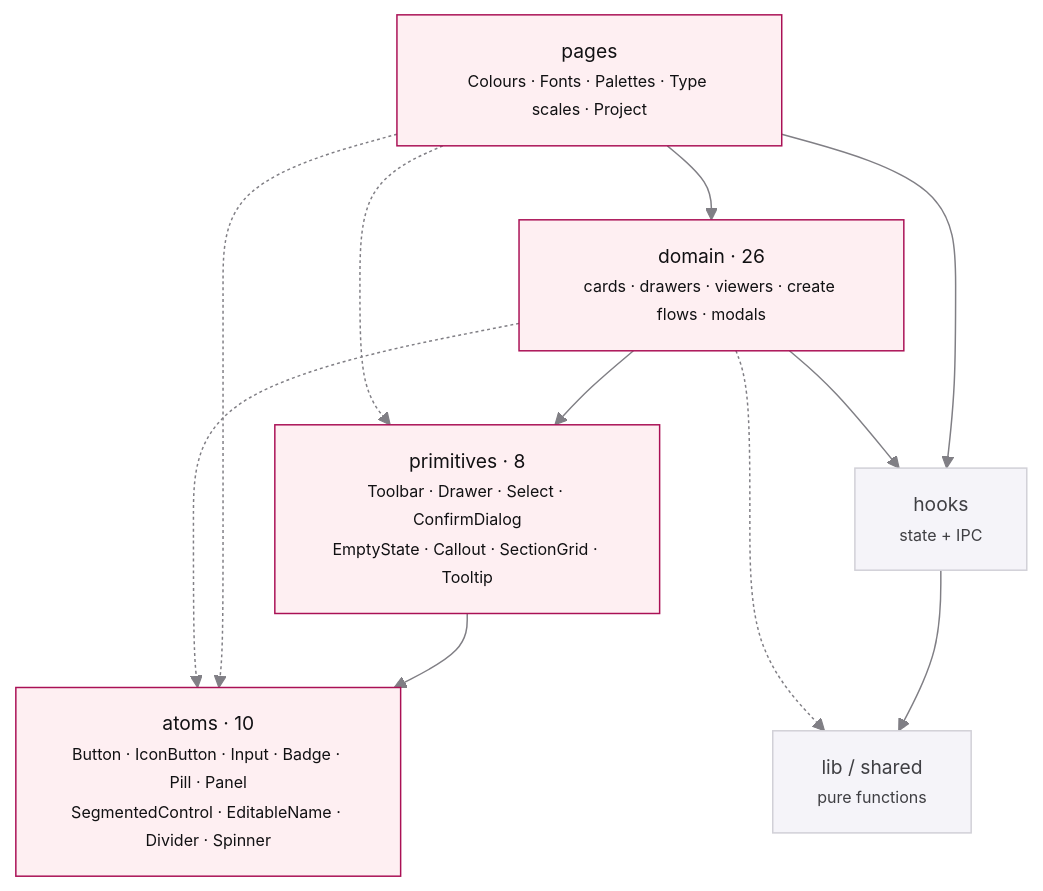
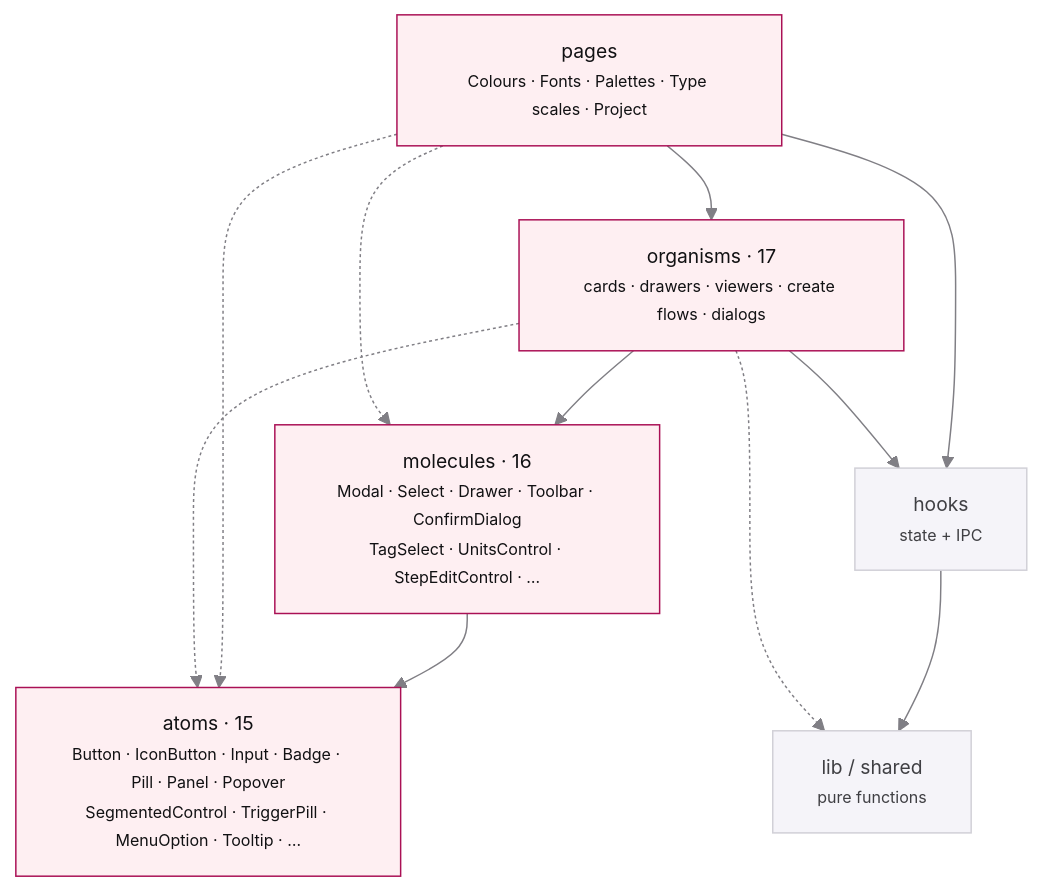
The second of 2 diagrams in DESIGN.md (hipuku/vault), drawn with Mermaid before and after one commit. The commit also changed other lines of this file and 95 other files, not shown here.

First line of the commit message:
Restructure the renderer into atoms, molecules and organisms

````diff
--- a/DESIGN.md
+++ b/DESIGN.md
@@ -153,24 +160,24 @@
 ```mermaid
 %%{init: {'theme':'base','themeVariables':{'primaryColor':'#feeff2','primaryBorderColor':'#aa1055','primaryTextColor':'#111113','lineColor':'#807f85','secondaryColor':'#f5f4f9','tertiaryColor':'#ffffff','fontFamily':'Manrope, ui-sans-serif, system-ui','fontSize':'13px','mainBkg':'#feeff2','nodeBorder':'#aa1055','clusterBkg':'#fcfbfe','clusterBorder':'#e7e7ed','titleColor':'#880044'}}}%%
 flowchart TD
     P["pages<br/><small>Colours · Fonts · Palettes · Type scales · Project</small>"]
-    D["domain · 26<br/><small>cards · drawers · viewers · create flows · modals</small>"]
-    R["primitives · 8<br/><small>Toolbar · Drawer · Select · ConfirmDialog<br/>EmptyState · Callout · SectionGrid · Tooltip</small>"]
-    A["atoms · 10<br/><small>Button · IconButton · Input · Badge · Pill · Panel<br/>SegmentedControl · EditableName · Divider · Spinner</small>"]
+    D["organisms · 17<br/><small>cards · drawers · viewers · create flows · dialogs</small>"]
+    R["molecules · 16<br/><small>Modal · Select · Drawer · Toolbar · ConfirmDialog<br/>TagSelect · UnitsControl · StepEditControl · …</small>"]
+    A["atoms · 15<br/><small>Button · IconButton · Input · Badge · Pill · Panel · Popover<br/>SegmentedControl · TriggerPill · MenuOption · Tooltip · …</small>"]
     H["hooks<br/><small>state + IPC</small>"]
     L["lib / shared<br/><small>pure functions</small>"]
 
     P --> D --> R --> A
     P -.-> R
     P -.-> A
     D -.-> A
     P --> H
     D --> H
     H --> L
     D -.-> L
 
     classDef lvl fill:#feeff2,stroke:#aa1055,color:#111113
     classDef side fill:#f5f4f9,stroke:#d1d0d7,color:#3f3f43
     class P,D,R,A lvl
     class H,L side
 ```
````
